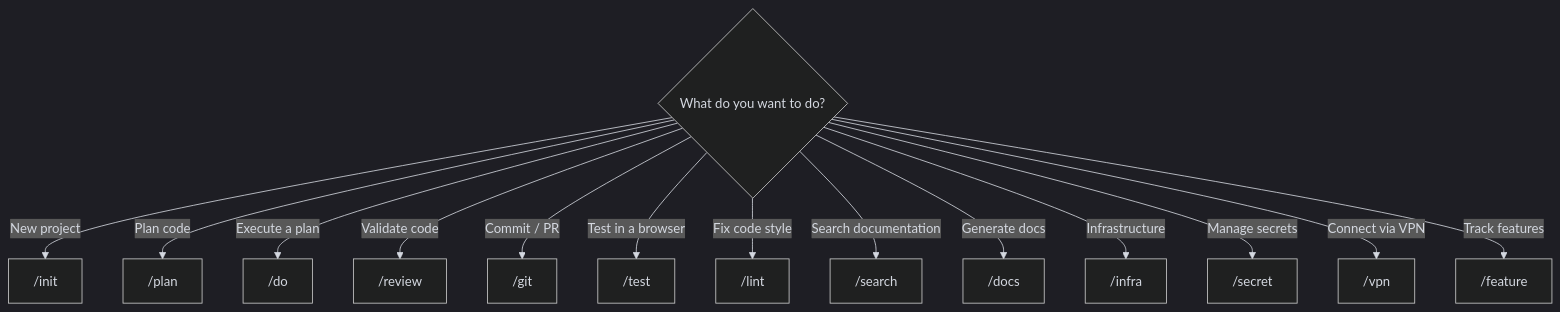
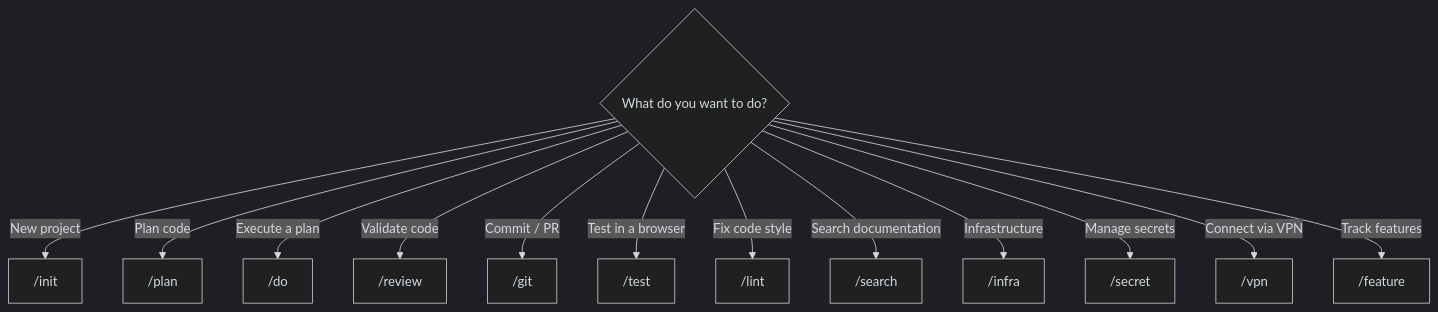
The diagram in docs/commands/README.md (kodflow/devcontainer-template), drawn with Mermaid before and after one commit. The commit also changed other lines of this file and 38 other files, not shown here.

````diff
--- a/docs/commands/README.md
+++ b/docs/commands/README.md
@@ -7,24 +7,23 @@
 ```mermaid
 %%{init: {'theme': 'dark', 'themeVariables': {
   'primaryColor': '#9D76FB1a',
   'primaryBorderColor': '#9D76FB',
   'primaryTextColor': '#d4d8e0',
   'lineColor': '#d4d8e0',
   'textColor': '#d4d8e0'
 }}}%%
 flowchart TD
     Q{What do you want to do?}
     Q -->|New project| A["/init"]
     Q -->|Plan code| B["/plan"]
     Q -->|Execute a plan| C["/do"]
     Q -->|Validate code| D["/review"]
     Q -->|Commit / PR| E["/git"]
     Q -->|Test in a browser| F["/test"]
     Q -->|Fix code style| G["/lint"]
     Q -->|Search documentation| H["/search"]
-    Q -->|Generate docs| I["/docs"]
     Q -->|Infrastructure| J["/infra"]
     Q -->|Manage secrets| K["/secret"]
     Q -->|Connect via VPN| L["/vpn"]
     Q -->|Track features| M["/feature"]
 ```
````
